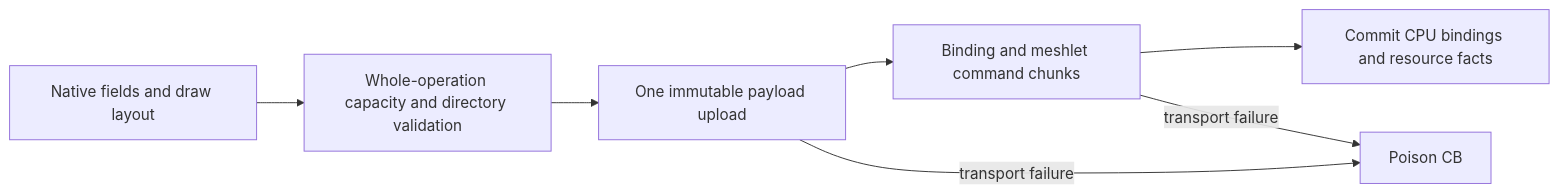
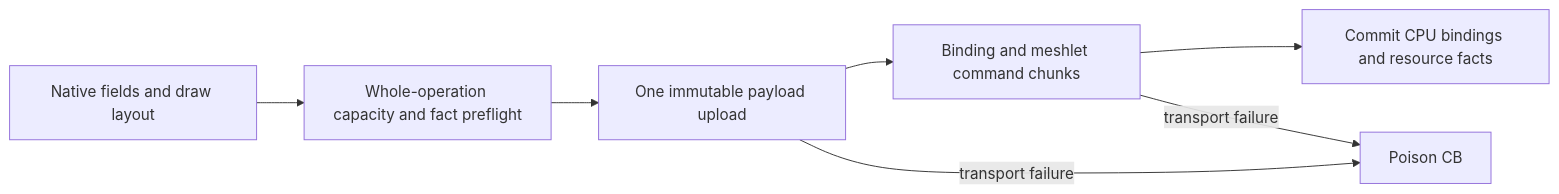
Before and after one commit to misdake/DigitalDesign: the first of 2 diagrams in systems/cpu-v3-tang-nano-20k/docs/gpu-api-storage.md, drawn with Mermaid. The commit also changed other lines of this file and 109 other files, not shown here.

````diff
--- a/systems/cpu-v3-tang-nano-20k/docs/gpu-api-storage.md
+++ b/systems/cpu-v3-tang-nano-20k/docs/gpu-api-storage.md
@@ -189,9 +223,9 @@
 ```mermaid
 flowchart LR
-    A["Native fields and draw layout"] --> B["Whole-operation capacity and directory validation"]
+    A["Native fields and draw layout"] --> B["Whole-operation capacity and fact preflight"]
     B --> C["One immutable payload upload"]
     C --> D["Binding and meshlet command chunks"]
     D --> E["Commit CPU bindings and resource facts"]
     C -->|transport failure| F["Poison CB"]
     D -->|transport failure| F
 ```
````
